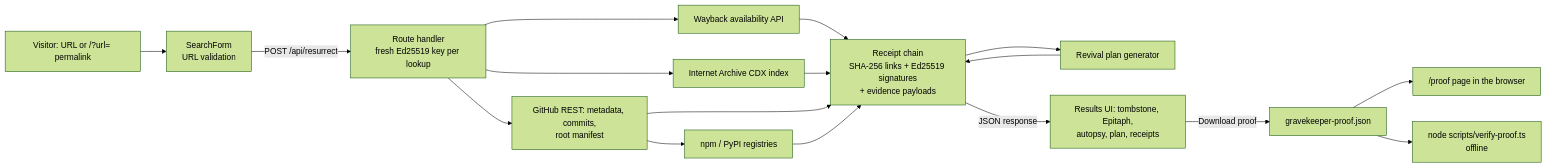
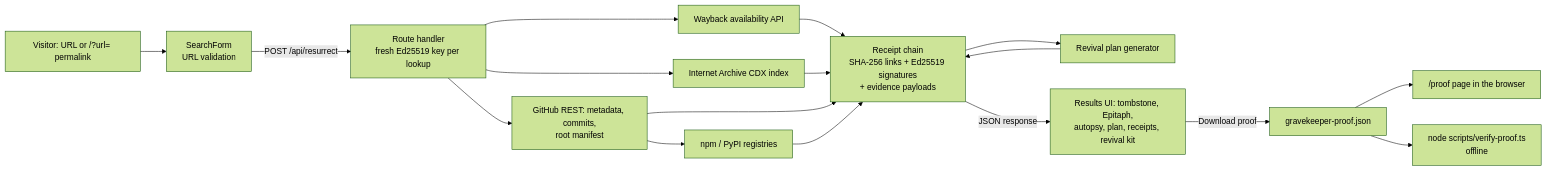
The diagram in README.md (mangeshraut712/gravekeeper), drawn with Mermaid (forest theme) before and after one commit. The commit also changed other lines of this file and 5 other files, not shown here.

First line of the commit message:
Correct the Unearth project label and describe the merged revival kit

````diff
--- a/README.md
+++ b/README.md
@@ -43,16 +44,16 @@
 ```mermaid
 flowchart LR
   U[Visitor: URL or /?url= permalink] --> F[SearchForm<br/>URL validation]
   F -->|POST /api/resurrect| R[Route handler<br/>fresh Ed25519 key per lookup]
   R --> WB[Wayback availability API]
   R --> CDX[Internet Archive CDX index]
   R --> GH[GitHub REST: metadata, commits,<br/>root manifest]
   GH --> REG[npm / PyPI registries]
   WB & CDX & GH & REG --> C[Receipt chain<br/>SHA-256 links + Ed25519 signatures<br/>+ evidence payloads]
   C --> S[Revival plan generator]
   S --> C
-  C -->|JSON response| UI[Results UI: tombstone, Epitaph,<br/>autopsy, plan, receipts]
+  C -->|JSON response| UI[Results UI: tombstone, Epitaph,<br/>autopsy, plan, receipts, revival kit]
   UI -->|Download proof| P[gravekeeper-proof.json]
   P --> V1["/proof page in the browser"]
   P --> V2[node scripts/verify-proof.ts<br/>offline]
 ```
````
